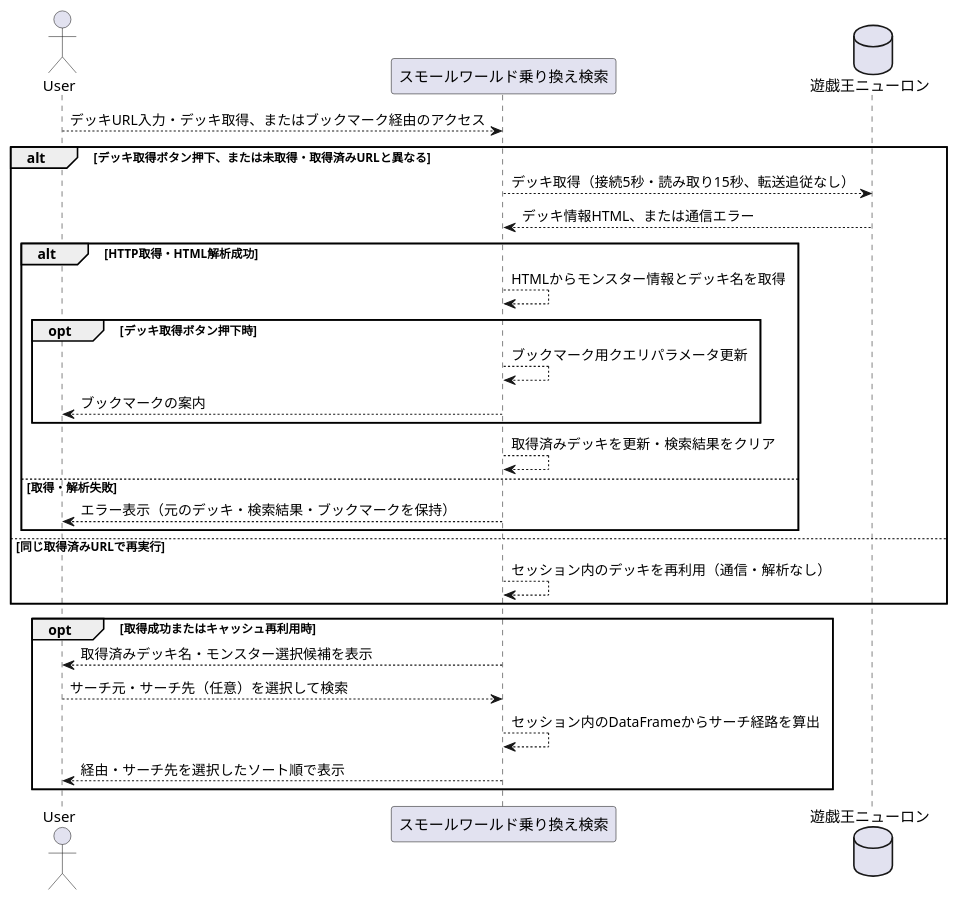
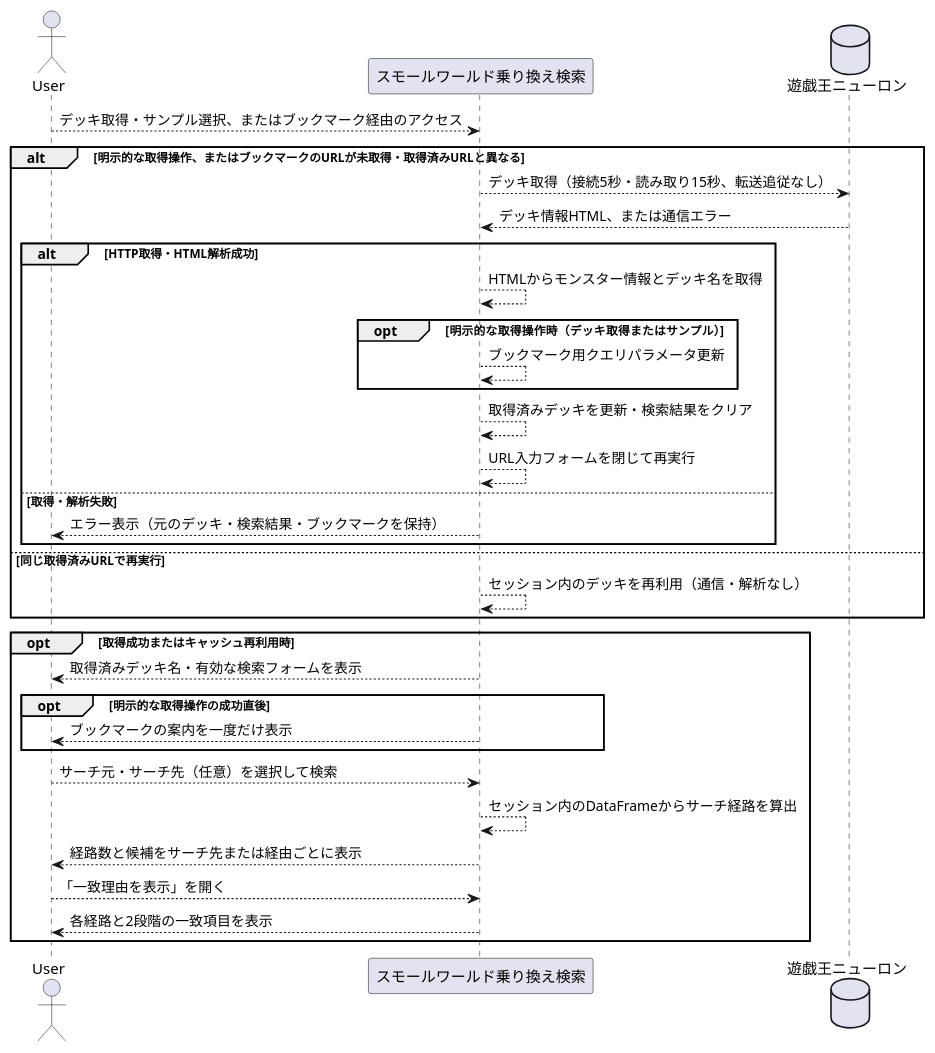
The third of 6 diagrams in docs/ygo-small-world-transit.md (ikishichi/ygo-small-world-transit), drawn with PlantUML before and after one commit. The commit also changed other lines of this file and 2 other files, not shown here.

````diff
--- a/docs/ygo-small-world-transit.md
+++ b/docs/ygo-small-world-transit.md
@@ -49,30 +56,35 @@
 ```plantuml
 @startuml
 actor "User" as user
 participant "スモールワールド乗り換え検索" as sw
 database "遊戯王ニューロン" as db
-    user --> sw : デッキURL入力・デッキ取得、またはブックマーク経由のアクセス
-    alt デッキ取得ボタン押下、または未取得・取得済みURLと異なる
+    user --> sw : デッキ取得・サンプル選択、またはブックマーク経由のアクセス
+    alt 明示的な取得操作、またはブックマークのURLが未取得・取得済みURLと異なる
         sw --> db : デッキ取得（接続5秒・読み取り15秒、転送追従なし）
         db --> sw : デッキ情報HTML、または通信エラー
         alt HTTP取得・HTML解析成功
             sw --> sw : HTMLからモンスター情報とデッキ名を取得
-            opt デッキ取得ボタン押下時
+            opt 明示的な取得操作時（デッキ取得またはサンプル）
                 sw --> sw : ブックマーク用クエリパラメータ更新
-                sw --> user : ブックマークの案内
             end
             sw --> sw : 取得済みデッキを更新・検索結果をクリア
+            sw --> sw : URL入力フォームを閉じて再実行
         else 取得・解析失敗
             sw --> user : エラー表示（元のデッキ・検索結果・ブックマークを保持）
         end
     else 同じ取得済みURLで再実行
         sw --> sw : セッション内のデッキを再利用（通信・解析なし）
     end
     opt 取得成功またはキャッシュ再利用時
-        sw --> user : 取得済みデッキ名・モンスター選択候補を表示
+        sw --> user : 取得済みデッキ名・有効な検索フォームを表示
+        opt 明示的な取得操作の成功直後
+            sw --> user : ブックマークの案内を一度だけ表示
+        end
         user --> sw : サーチ元・サーチ先（任意）を選択して検索
         sw --> sw : セッション内のDataFrameからサーチ経路を算出
-        sw --> user : 経由・サーチ先を選択したソート順で表示
+        sw --> user : 経路数と候補をサーチ先または経由ごとに表示
+        user --> sw : 「一致理由を表示」を開く
+        sw --> user : 各経路と2段階の一致項目を表示
     end
 @enduml
 ```
````
